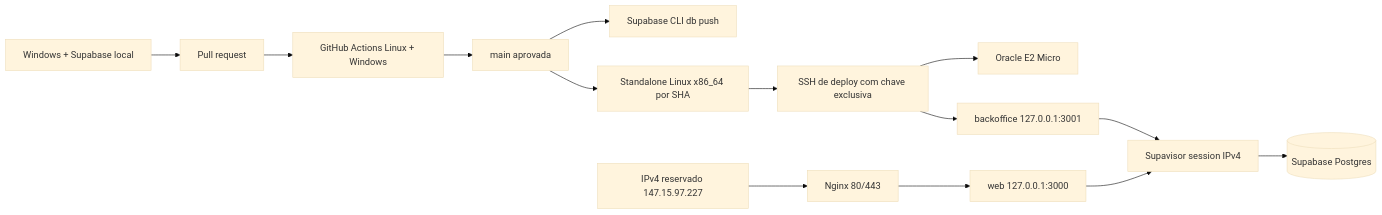
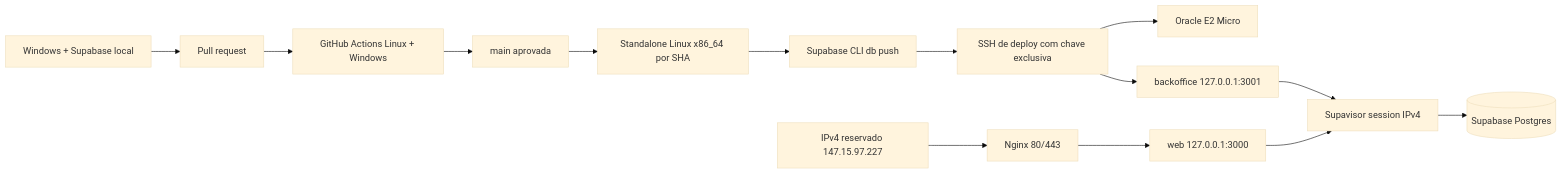
Before and after one commit to PedroRomeroM/set-livre: the diagram in docs/infrastructure.md, drawn with Mermaid (base theme). The commit also changed other lines of this file and 7 other files, not shown here.

````diff
--- a/docs/infrastructure.md
+++ b/docs/infrastructure.md
@@ -22,16 +22,16 @@
 ```mermaid
 flowchart LR
     DEV[Windows + Supabase local] --> PR[Pull request]
     PR --> CI[GitHub Actions Linux + Windows]
     CI --> MAIN[main aprovada]
-    MAIN --> MIG[Supabase CLI db push]
     MAIN --> ART[Standalone Linux x86_64 por SHA]
-    ART --> SSH[SSH de deploy com chave exclusiva]
+    ART --> MIG[Supabase CLI db push]
+    MIG --> SSH[SSH de deploy com chave exclusiva]
     SSH --> VM[Oracle E2 Micro]
     IP[IPv4 reservado 147.15.97.227] --> NG[Nginx 80/443]
     NG --> WEB[web 127.0.0.1:3000]
     SSH --> BO[backoffice 127.0.0.1:3001]
     WEB --> POOL[Supavisor session IPv4]
     BO --> POOL
     POOL --> DB[(Supabase Postgres)]
 ```
````
